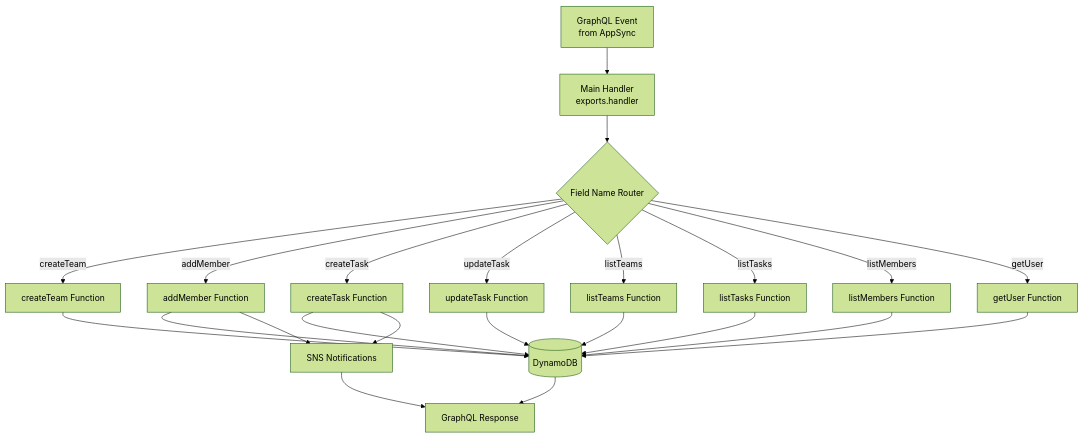
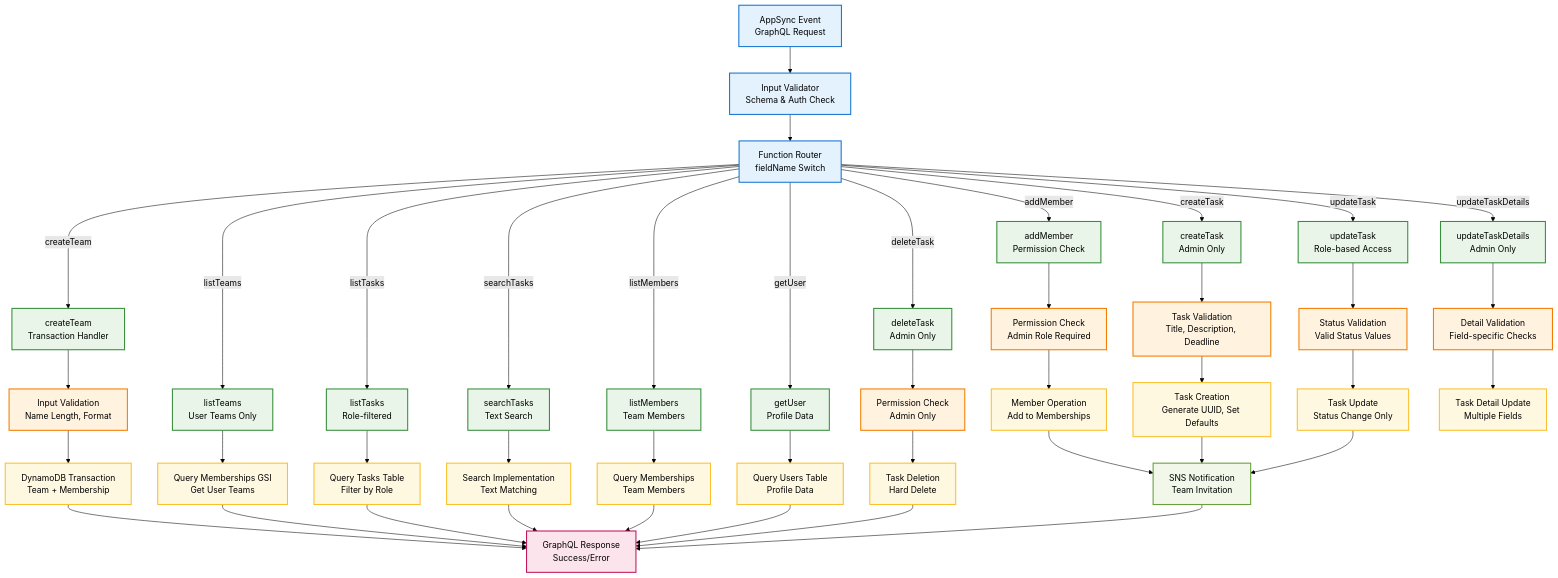
Before and after one commit to mangucletus/aws-serverless-task-management-system: the third of 4 diagrams in backend/README.md, drawn with Mermaid (forest theme). The commit also changed other lines of this file and 21 other files, not shown here.

Commit message:
edited createTeam component

````diff
--- a/backend/README.md
+++ b/backend/README.md
@@ -271,28 +442,64 @@
 ```mermaid
 graph TD
-    EVENT[GraphQL Event<br/>from AppSync] --> HANDLER[Main Handler<br/>exports.handler]
-    HANDLER --> ROUTER{Field Name Router}
+    EVENT[AppSync Event<br/>GraphQL Request] --> VALIDATOR[Input Validator<br/>Schema & Auth Check]
+    VALIDATOR --> ROUTER[Function Router<br/>fieldName Switch]
     
-    ROUTER -->|createTeam| CT[createTeam Function]
-    ROUTER -->|addMember| AM[addMember Function]
-    ROUTER -->|createTask| CTK[createTask Function]
-    ROUTER -->|updateTask| UT[updateTask Function]
-    ROUTER -->|listTeams| LT[listTeams Function]
-    ROUTER -->|listTasks| LTK[listTasks Function]
-    ROUTER -->|listMembers| LM[listMembers Function]
-    ROUTER -->|getUser| GU[getUser Function]
+    ROUTER -->|createTeam| CT[createTeam<br/>Transaction Handler]
+    ROUTER -->|addMember| AM[addMember<br/>Permission Check]
+    ROUTER -->|createTask| CTK[createTask<br/>Admin Only]
+    ROUTER -->|updateTask| UT[updateTask<br/>Role-based Access]
+    ROUTER -->|updateTaskDetails| UTD[updateTaskDetails<br/>Admin Only]
+    ROUTER -->|deleteTask| DT[deleteTask<br/>Admin Only]
+    ROUTER -->|listTeams| LT[listTeams<br/>User Teams Only]
+    ROUTER -->|listTasks| LTK[listTasks<br/>Role-filtered]
+    ROUTER -->|searchTasks| ST[searchTasks<br/>Text Search]
+    ROUTER -->|listMembers| LM[listMembers<br/>Team Members]
+    ROUTER -->|getUser| GU[getUser<br/>Profile Data]
     
-    CT --> DYNAMODB[(DynamoDB)]
-    AM --> DYNAMODB
-    AM --> SNS[SNS Notifications]
-    CTK --> DYNAMODB
-    CTK --> SNS
-    UT --> DYNAMODB
-    LT --> DYNAMODB
-    LTK --> DYNAMODB
-    LM --> DYNAMODB
-    GU --> DYNAMODB
+    CT --> VALIDATOR_CT[Input Validation<br/>Name Length, Format]
+    AM --> VALIDATOR_AM[Permission Check<br/>Admin Role Required]
+    CTK --> VALIDATOR_CTK[Task Validation<br/>Title, Description, Deadline]
+    UT --> VALIDATOR_UT[Status Validation<br/>Valid Status Values]
+    UTD --> VALIDATOR_UTD[Detail Validation<br/>Field-specific Checks]
+    DT --> VALIDATOR_DT[Permission Check<br/>Admin Only]
     
-    DYNAMODB --> RESPONSE[GraphQL Response]
-    SNS --> RESPONSE
+    VALIDATOR_CT --> TRANSACTION[DynamoDB Transaction<br/>Team + Membership]
+    VALIDATOR_AM --> MEMBER_OP[Member Operation<br/>Add to Memberships]
+    VALIDATOR_CTK --> TASK_CREATE[Task Creation<br/>Generate UUID, Set Defaults]
+    VALIDATOR_UT --> TASK_UPDATE[Task Update<br/>Status Change Only]
+    VALIDATOR_UTD --> TASK_DETAIL_UPDATE[Task Detail Update<br/>Multiple Fields]
+    VALIDATOR_DT --> TASK_DELETE[Task Deletion<br/>Hard Delete]
+    
+    LT --> QUERY_TEAMS[Query Memberships GSI<br/>Get User Teams]
+    LTK --> QUERY_TASKS[Query Tasks Table<br/>Filter by Role]
+    ST --> SEARCH_IMPL[Search Implementation<br/>Text Matching]
+    LM --> QUERY_MEMBERS[Query Memberships<br/>Team Members]
+    GU --> QUERY_USER[Query Users Table<br/>Profile Data]
+    
+    MEMBER_OP --> NOTIFICATION[SNS Notification<br/>Team Invitation]
+    TASK_CREATE --> NOTIFICATION
+    TASK_UPDATE --> NOTIFICATION
+    
+    TRANSACTION --> RESPONSE[GraphQL Response<br/>Success/Error]
+    QUERY_TEAMS --> RESPONSE
+    QUERY_TASKS --> RESPONSE
+    SEARCH_IMPL --> RESPONSE
+    QUERY_MEMBERS --> RESPONSE
+    QUERY_USER --> RESPONSE
+    TASK_DELETE --> RESPONSE
+    NOTIFICATION --> RESPONSE
+    
+    classDef entry fill:#e3f2fd,stroke:#1976d2,stroke-width:2px
+    classDef validation fill:#fff3e0,stroke:#f57c00,stroke-width:2px
+    classDef operation fill:#e8f5e8,stroke:#388e3c,stroke-width:2px
+    classDef database fill:#fff8e1,stroke:#fbc02d,stroke-width:2px
+    classDef notification fill:#f1f8e9,stroke:#689f38,stroke-width:2px
+    classDef response fill:#fce4ec,stroke:#c2185b,stroke-width:2px
+    
+    class EVENT,VALIDATOR,ROUTER entry
+    class VALIDATOR_CT,VALIDATOR_AM,VALIDATOR_CTK,VALIDATOR_UT,VALIDATOR_UTD,VALIDATOR_DT validation
+    class CT,AM,CTK,UT,UTD,DT,LT,LTK,ST,LM,GU operation
+    class TRANSACTION,MEMBER_OP,TASK_CREATE,TASK_UPDATE,TASK_DETAIL_UPDATE,TASK_DELETE,QUERY_TEAMS,QUERY_TASKS,SEARCH_IMPL,QUERY_MEMBERS,QUERY_USER database
+    class NOTIFICATION notification
+    class RESPONSE response
 ```
````
